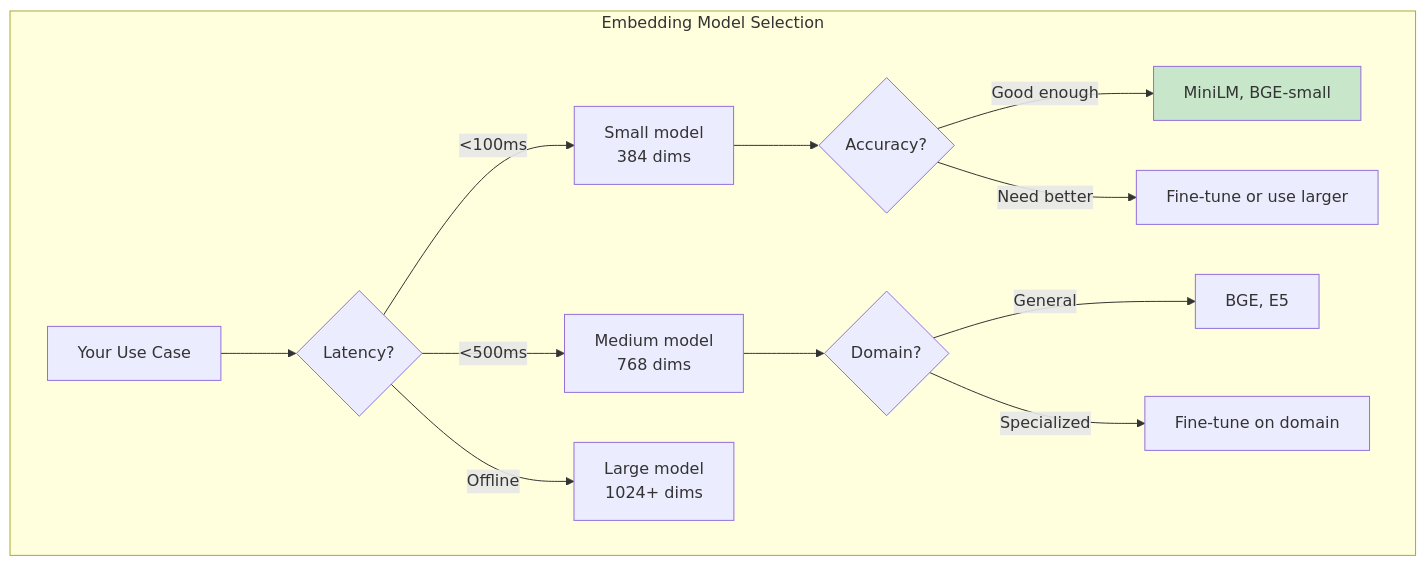
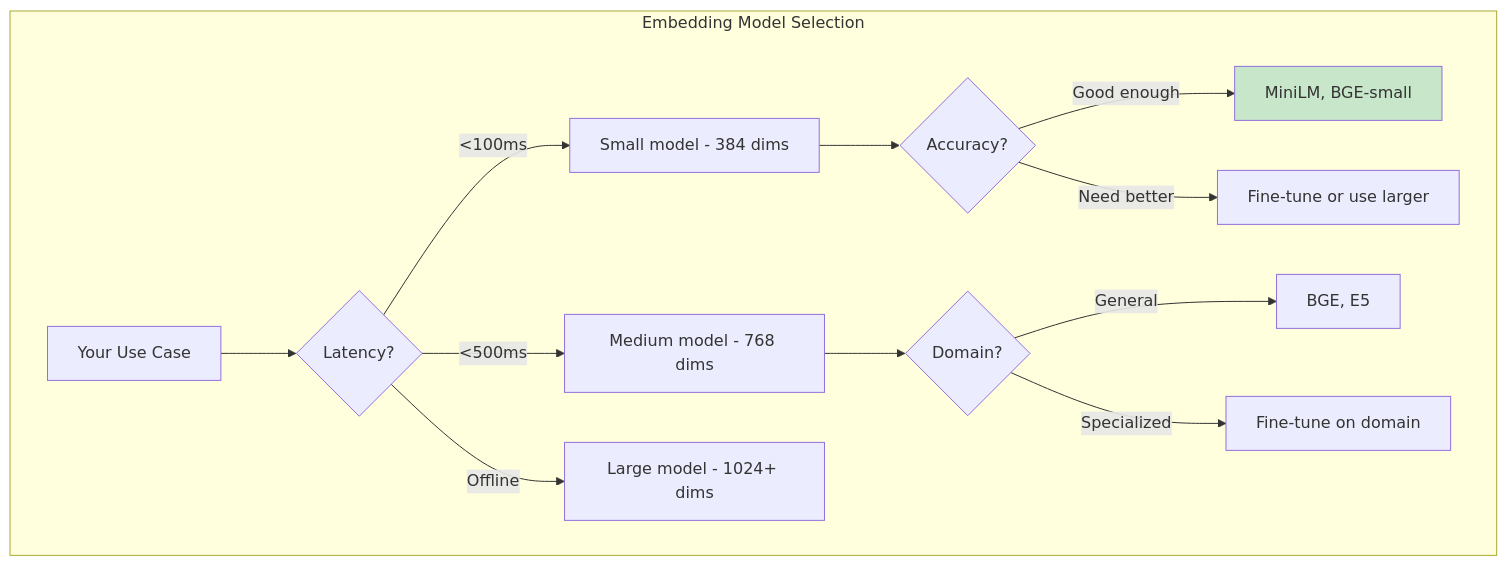
The eighth of 9 diagrams in docs/learning/02-embeddings-vectors.md (indhra/llm_rag_sec_findings), drawn with Mermaid before and after one commit. The commit also changed other lines of this file and 9 other files, not shown here.

````diff
--- a/docs/learning/02-embeddings-vectors.md
+++ b/docs/learning/02-embeddings-vectors.md
@@ -374,21 +374,21 @@
 ```mermaid
 graph TD
     subgraph "Embedding Model Selection"
         Q[Your Use Case] --> D1{Latency?}
-        D1 -->|<100ms| Small[Small model<br/>384 dims]
-        D1 -->|<500ms| Medium[Medium model<br/>768 dims]
-        D1 -->|Offline| Large[Large model<br/>1024+ dims]
+        D1 -->|<100ms| Small[Small model - 384 dims]
+        D1 -->|<500ms| Medium[Medium model - 768 dims]
+        D1 -->|Offline| Large[Large model - 1024+ dims]
         
         D2{Accuracy?}
         Small --> D2
         D2 -->|Good enough| S1[MiniLM, BGE-small]
         D2 -->|Need better| S2[Fine-tune or use larger]
         
         D3{Domain?}
         Medium --> D3
         D3 -->|General| G1[BGE, E5]
         D3 -->|Specialized| G2[Fine-tune on domain]
     end
     
     style S1 fill:#c8e6c9
 ```
````
